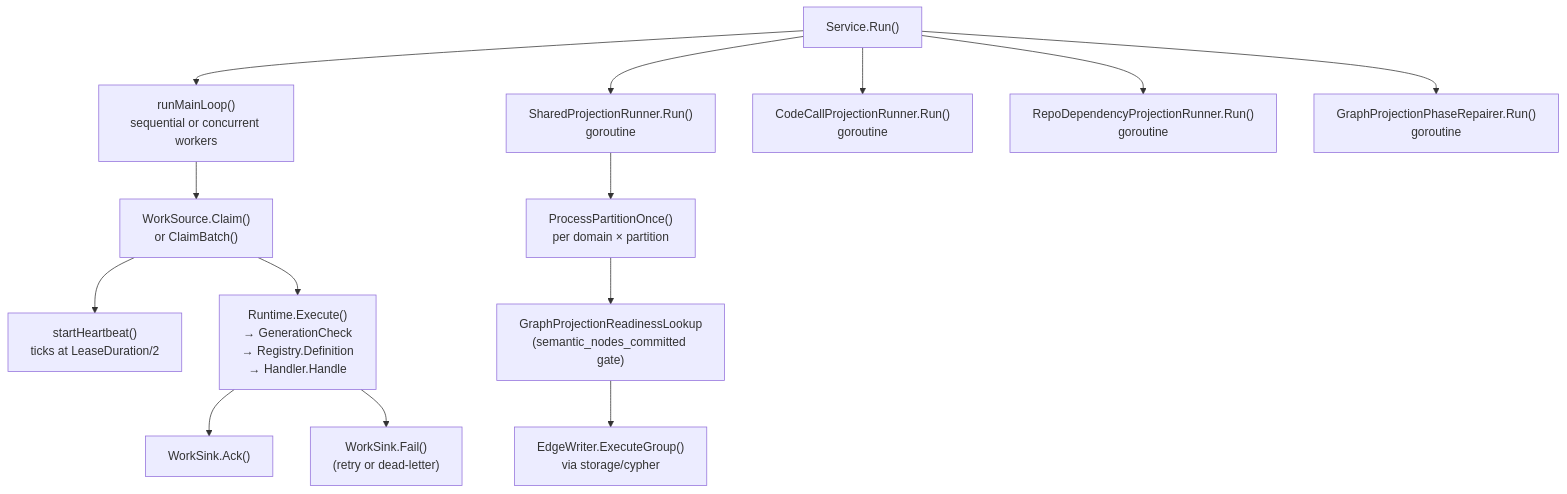
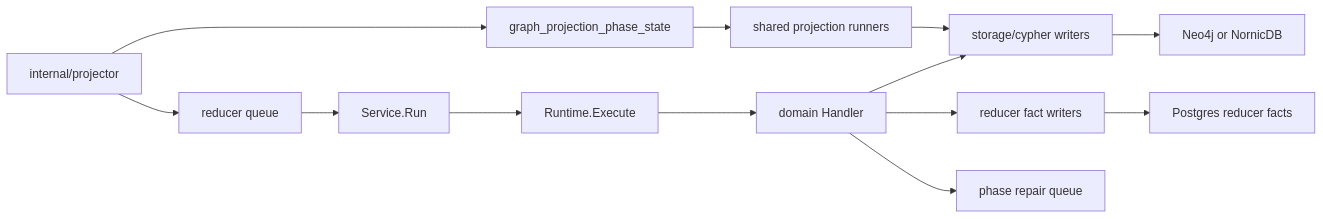
One commit to eshu-hq/eshu changed the diagram in go/internal/reducer/README.md. Above: the diagram before and after it, drawn with Mermaid. The commit also changed other lines of this file and 584 other files, not shown here.

Commit message:
Rework documentation information architecture

````diff
--- a/go/internal/reducer/README.md
+++ b/go/internal/reducer/README.md
@@ -30,16 +14,15 @@
 ```mermaid
-flowchart TB
-  Service["Service.Run()"] --> MainLoop["runMainLoop()\nsequential or concurrent workers"]
-  MainLoop --> Claim["WorkSource.Claim()\nor ClaimBatch()"]
-  Claim --> Heartbeat["startHeartbeat()\nticks at LeaseDuration/2"]
-  Claim --> Execute["Runtime.Execute()\n→ GenerationCheck\n→ Registry.Definition\n→ Handler.Handle"]
-  Execute --> Ack["WorkSink.Ack()"]
-  Execute --> Fail["WorkSink.Fail()\n(retry or dead-letter)"]
-  Service --> SPR["SharedProjectionRunner.Run()\ngoroutine"]
-  Service --> CCPR["CodeCallProjectionRunner.Run()\ngoroutine"]
-  Service --> RDPR["RepoDependencyProjectionRunner.Run()\ngoroutine"]
-  Service --> Repair["GraphProjectionPhaseRepairer.Run()\ngoroutine"]
-  SPR --> ProcessPartition["ProcessPartitionOnce()\nper domain × partition"]
-  ProcessPartition --> ReadinessGate["GraphProjectionReadinessLookup\n(semantic_nodes_committed gate)"]
-  ReadinessGate --> EdgeWriter["EdgeWriter.ExecuteGroup()\nvia storage/cypher"]
+flowchart LR
+  Projector["internal/projector"] --> Phase["graph_projection_phase_state"]
+  Projector --> Queue["reducer queue"]
+  Queue --> Service["Service.Run"]
+  Service --> Runtime["Runtime.Execute"]
+  Runtime --> Handler["domain Handler"]
+  Handler --> Cypher["storage/cypher writers"]
+  Handler --> Facts["reducer fact writers"]
+  Cypher --> Graph["Neo4j or NornicDB"]
+  Facts --> Postgres["Postgres reducer facts"]
+  Phase --> Shared["shared projection runners"]
+  Shared --> Cypher
+  Handler --> Repair["phase repair queue"]
 ```
````
